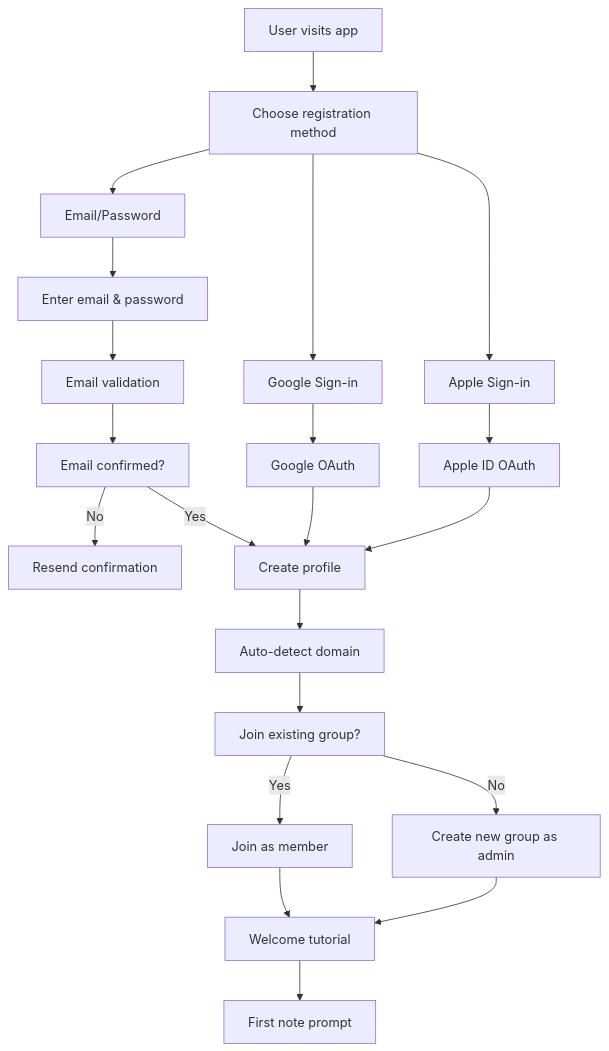
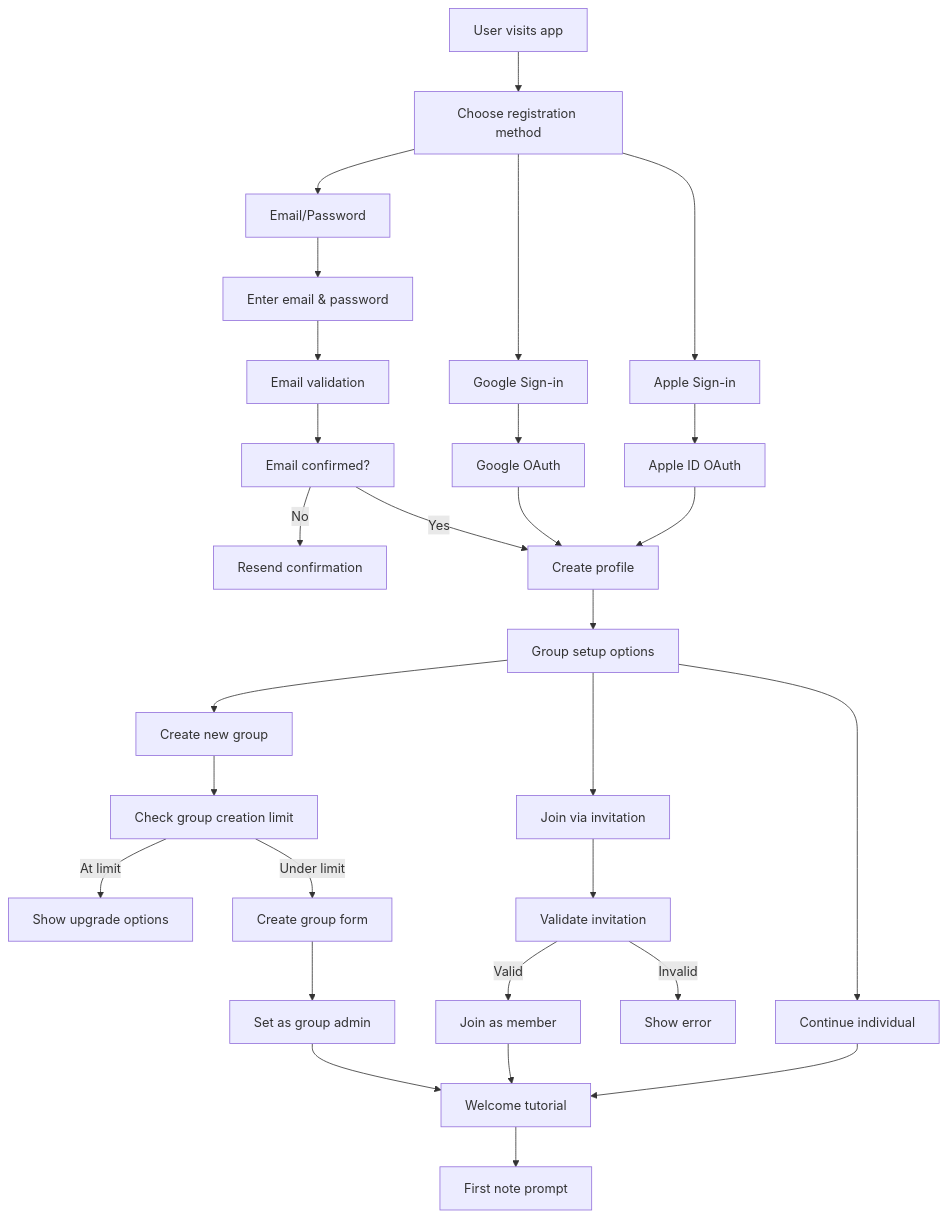
The first of 28 diagrams in docs/user-flows.md (ilmsadmin/znotes_final), drawn with Mermaid before and after one commit. The commit also changed other lines of this file and 4 other files, not shown here.

````diff
--- a/docs/user-flows.md
+++ b/docs/user-flows.md
@@ -11,27 +11,37 @@
 ```mermaid
 flowchart TD
     A[User visits app] --> B[Choose registration method]
     B --> C[Email/Password]
     B --> D[Google Sign-in]
     B --> E[Apple Sign-in]
     
     C --> F[Enter email & password]
     F --> G[Email validation]
     G --> H[Email confirmed?]
     H -->|No| I[Resend confirmation]
     H -->|Yes| J[Create profile]
     
     D --> K[Google OAuth]
     E --> L[Apple ID OAuth]
     K --> J
     L --> J
     
-    J --> M[Auto-detect domain]
-    M --> N[Join existing group?]
-    N -->|Yes| O[Join as member]
-    N -->|No| P[Create new group as admin]
+    J --> M[Group setup options]
+    M --> N[Create new group]
+    M --> O[Join via invitation]
+    M --> P[Continue individual]
     
-    O --> Q[Welcome tutorial]
-    P --> Q
-    Q --> R[First note prompt]
+    N --> Q[Check group creation limit]
+    Q -->|At limit| R[Show upgrade options]
+    Q -->|Under limit| S[Create group form]
+    S --> T[Set as group admin]
+    
+    O --> U[Validate invitation]
+    U -->|Valid| V[Join as member]
+    U -->|Invalid| W[Show error]
+    
+    T --> X[Welcome tutorial]
+    V --> X
+    P --> X
+    X --> Y[First note prompt]
 ```
````
